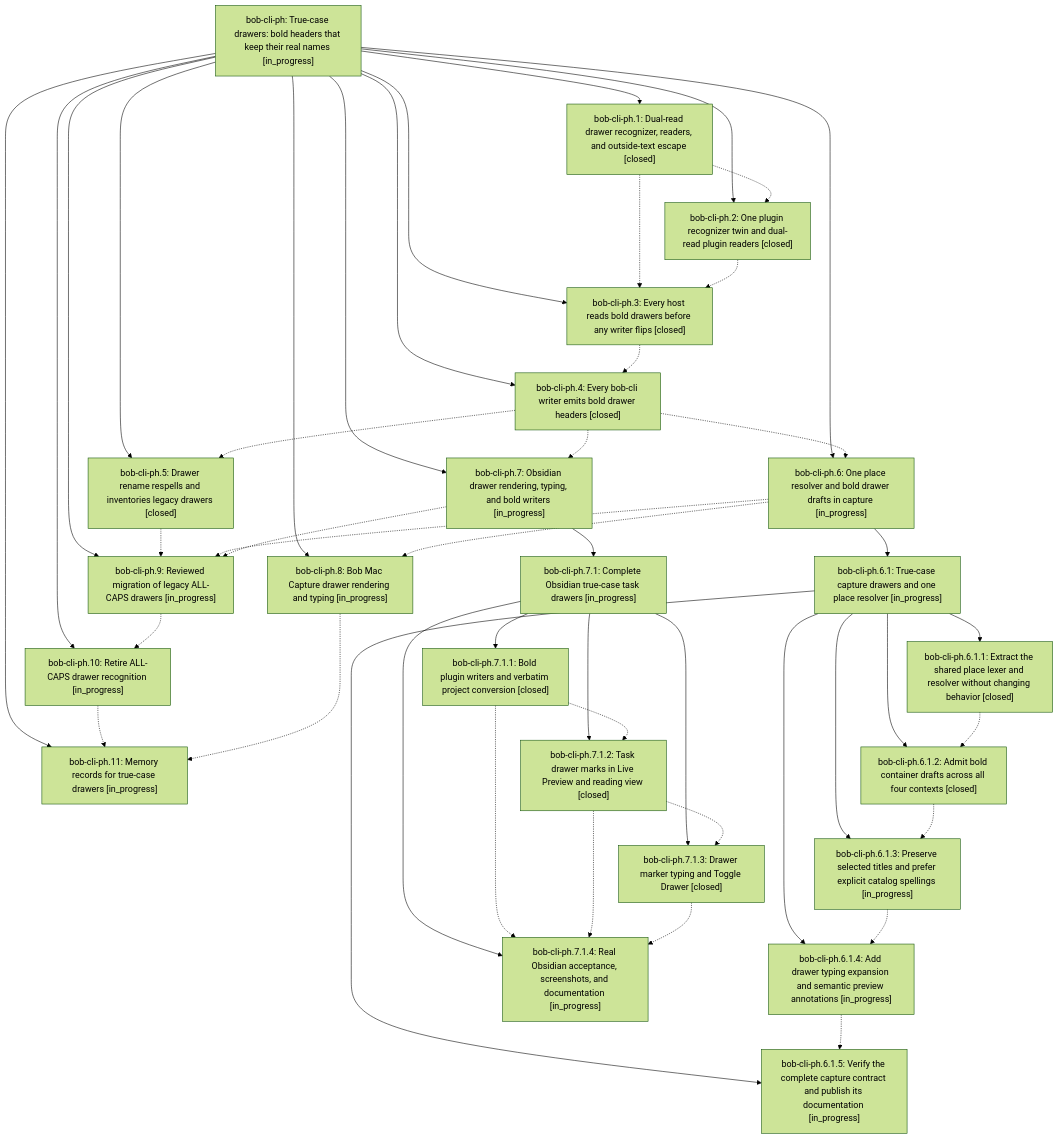
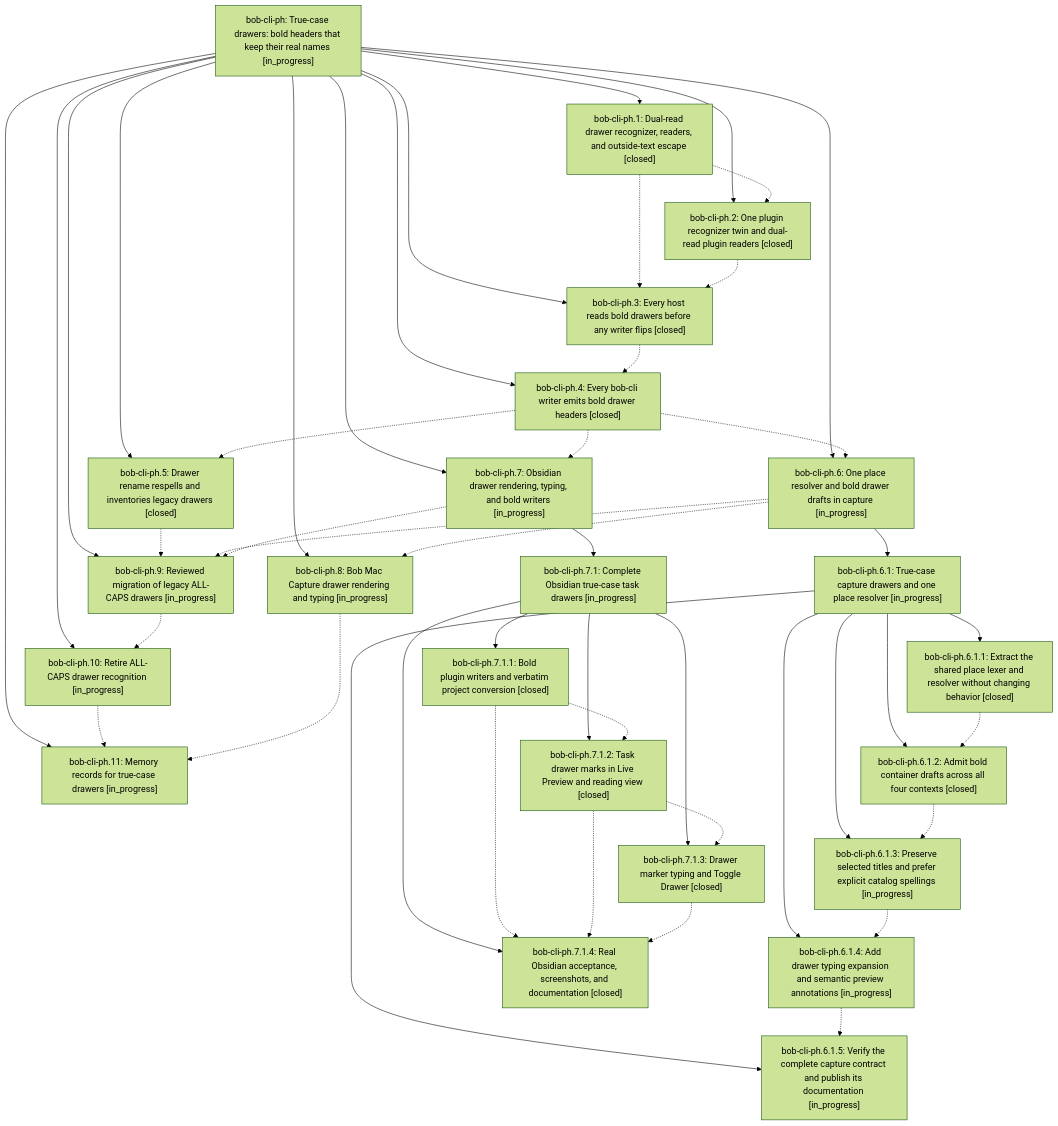
One commit to bobs-org/bob-cli--beads changed the diagram in pages/bob-cli-ph/README.md. Above: the diagram before and after it, drawn with Mermaid (forest theme). The commit also changed other lines of this file and 9 other files, not shown here.

First line of the commit message:
chore(beads): sync bead state and pages for bob-cli-ph

````diff
--- a/pages/bob-cli-ph/README.md
+++ b/pages/bob-cli-ph/README.md
@@ -56,71 +56,71 @@
 ```mermaid
 flowchart TD
     n0["bob-cli-ph: True-case drawers: bold headers that keep their real names [in_progress]"]
     n1["bob-cli-ph.1: Dual-read drawer recognizer, readers, and outside-text escape [closed]"]
     n2["bob-cli-ph.10: Retire ALL-CAPS drawer recognition [in_progress]"]
     n3["bob-cli-ph.11: Memory records for true-case drawers [in_progress]"]
     n4["bob-cli-ph.2: One plugin recognizer twin and dual-read plugin readers [closed]"]
     n5["bob-cli-ph.3: Every host reads bold drawers before any writer flips [closed]"]
     n6["bob-cli-ph.4: Every bob-cli writer emits bold drawer headers [closed]"]
     n7["bob-cli-ph.5: Drawer rename respells and inventories legacy drawers [closed]"]
     n8["bob-cli-ph.6: One place resolver and bold drawer drafts in capture [in_progress]"]
     n9["bob-cli-ph.6.1: True-case capture drawers and one place resolver [in_progress]"]
     n10["bob-cli-ph.6.1.1: Extract the shared place lexer and resolver without changing behavior [closed]"]
     n11["bob-cli-ph.6.1.2: Admit bold container drafts across all four contexts [closed]"]
     n12["bob-cli-ph.6.1.3: Preserve selected titles and prefer explicit catalog spellings [in_progress]"]
     n13["bob-cli-ph.6.1.4: Add drawer typing expansion and semantic preview annotations [in_progress]"]
     n14["bob-cli-ph.6.1.5: Verify the complete capture contract and publish its documentation [in_progress]"]
     n15["bob-cli-ph.7: Obsidian drawer rendering, typing, and bold writers [in_progress]"]
     n16["bob-cli-ph.7.1: Complete Obsidian true-case task drawers [in_progress]"]
     n17["bob-cli-ph.7.1.1: Bold plugin writers and verbatim project conversion [closed]"]
     n18["bob-cli-ph.7.1.2: Task drawer marks in Live Preview and reading view [closed]"]
     n19["bob-cli-ph.7.1.3: Drawer marker typing and Toggle Drawer [closed]"]
-    n20["bob-cli-ph.7.1.4: Real Obsidian acceptance, screenshots, and documentation [in_progress]"]
+    n20["bob-cli-ph.7.1.4: Real Obsidian acceptance, screenshots, and documentation [closed]"]
     n21["bob-cli-ph.8: Bob Mac Capture drawer rendering and typing [in_progress]"]
     n22["bob-cli-ph.9: Reviewed migration of legacy ALL-CAPS drawers [in_progress]"]
     n0 --> n1
     n0 --> n2
     n0 --> n3
     n0 --> n4
     n0 --> n5
     n0 --> n6
     n0 --> n7
     n0 --> n8
     n8 --> n9
     n9 --> n10
     n9 --> n11
     n9 --> n12
     n9 --> n13
     n9 --> n14
     n0 --> n15
     n15 --> n16
     n16 --> n17
     n16 --> n18
     n16 --> n19
     n16 --> n20
     n0 --> n21
     n0 --> n22
     n1 -.-> n4
     n1 -.-> n5
     n2 -.-> n3
     n4 -.-> n5
     n5 -.-> n6
     n6 -.-> n7
     n6 -.-> n8
     n6 -.-> n15
     n7 -.-> n22
     n8 -.-> n21
     n8 -.-> n22
     n10 -.-> n11
     n11 -.-> n12
     n12 -.-> n13
     n13 -.-> n14
     n15 -.-> n22
     n17 -.-> n18
     n17 -.-> n20
     n18 -.-> n19
     n18 -.-> n20
     n19 -.-> n20
     n21 -.-> n3
     n22 -.-> n2
 ```
````
